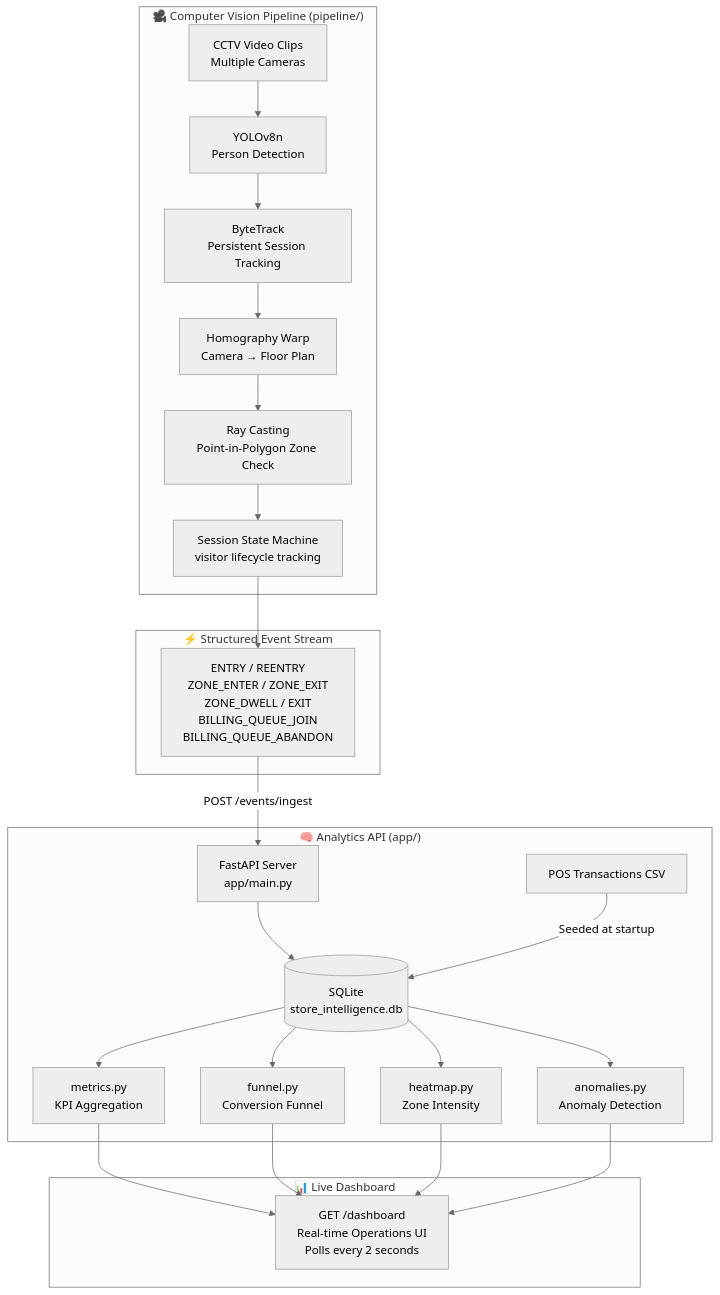
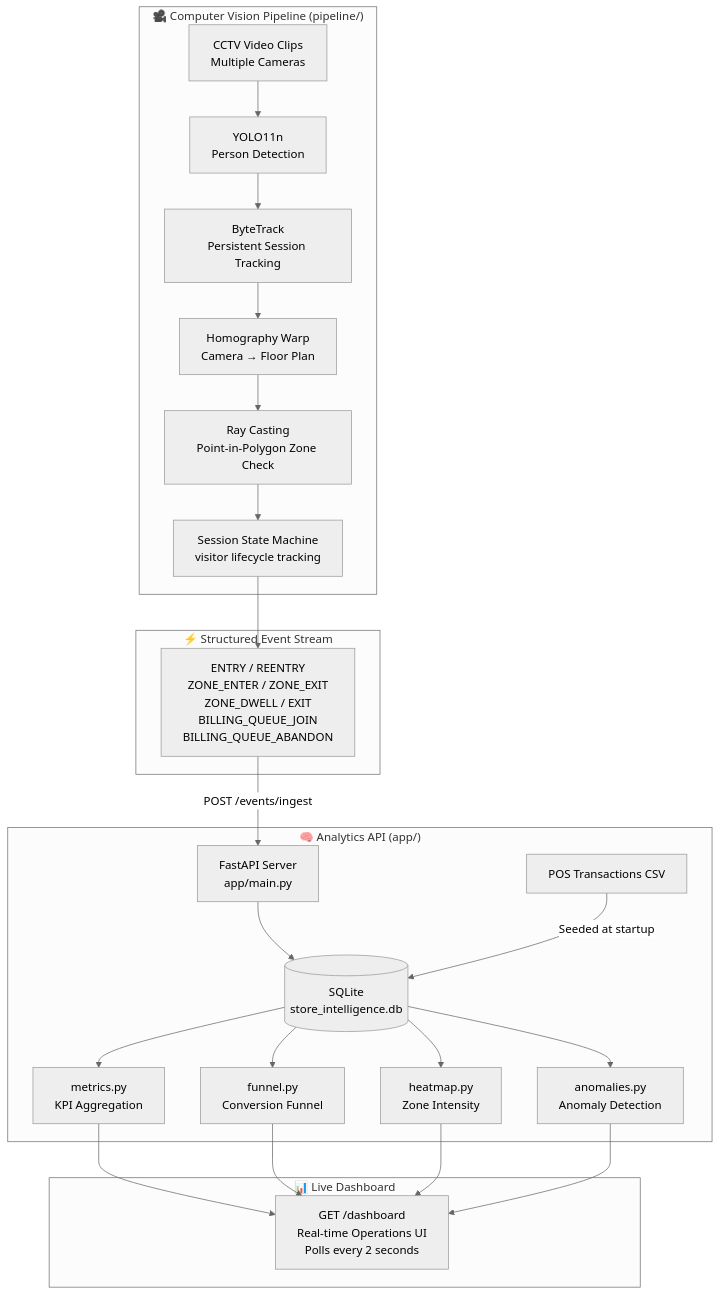
Before and after one commit to Keshabkjha/purplle-retail-intelligence: the first of 3 diagrams in docs/DESIGN.md, drawn with Mermaid (neutral theme). The commit also changed other lines of this file and 3 other files, not shown here.

First line of the commit message:
feat: upgrade detection model from YOLOv8n to YOLO11n

````diff
--- a/docs/DESIGN.md
+++ b/docs/DESIGN.md
@@ -24,28 +24,28 @@
 ```mermaid
 graph TB
     subgraph CV["🎥 Computer Vision Pipeline (pipeline/)"]
-        A[CCTV Video Clips\nMultiple Cameras] --> B[YOLOv8n\nPerson Detection]
+        A[CCTV Video Clips\nMultiple Cameras] --> B[YOLO11n\nPerson Detection]
         B --> C[ByteTrack\nPersistent Session Tracking]
         C --> D[Homography Warp\nCamera → Floor Plan]
         D --> E[Ray Casting\nPoint-in-Polygon Zone Check]
         E --> F[Session State Machine\nvisitor lifecycle tracking]
     end
 
     subgraph EVENTS["⚡ Structured Event Stream"]
         F --> G[ENTRY / REENTRY\nZONE_ENTER / ZONE_EXIT\nZONE_DWELL / EXIT\nBILLING_QUEUE_JOIN\nBILLING_QUEUE_ABANDON]
     end
 
     subgraph API["🧠 Analytics API (app/)"]
         G -->|POST /events/ingest| H[FastAPI Server\napp/main.py]
         H --> I[(SQLite\nstore_intelligence.db)]
         J[POS Transactions CSV] -->|Seeded at startup| I
         I --> K[metrics.py\nKPI Aggregation]
         I --> L[funnel.py\nConversion Funnel]
         I --> M[heatmap.py\nZone Intensity]
         I --> N[anomalies.py\nAnomaly Detection]
     end
 
     subgraph UI["📊 Live Dashboard"]
         K & L & M & N --> O[GET /dashboard\nReal-time Operations UI\nPolls every 2 seconds]
     end
 ```
````
